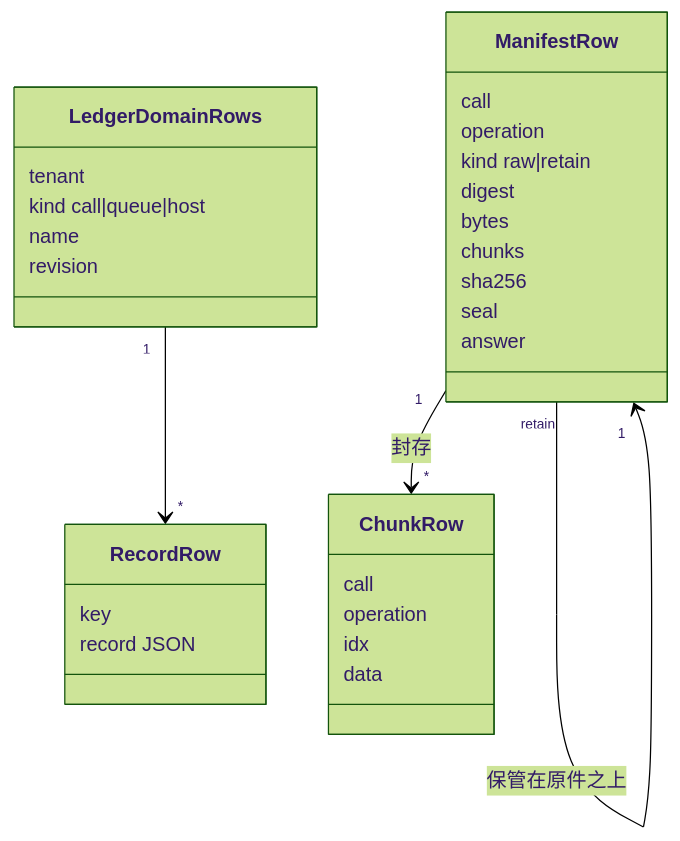
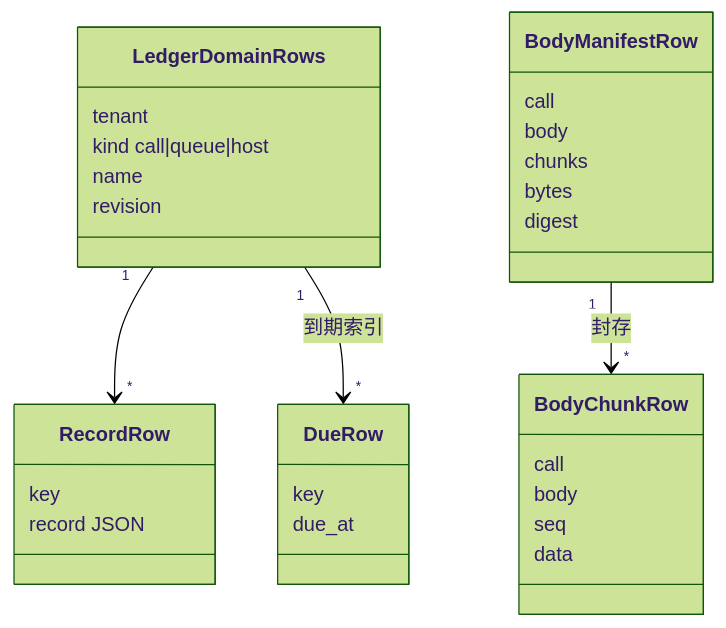
The diagram in packages/tool/tool-storage-sql/docs/object-model.md (nemori-ai/omne-harness-lite), drawn with Mermaid (forest theme) before and after one commit. The commit also changed other lines of this file and 11 other files, not shown here.

````diff
--- a/packages/tool/tool-storage-sql/docs/object-model.md
+++ b/packages/tool/tool-storage-sql/docs/object-model.md
@@ -7,33 +7,33 @@
 ```mermaid
 classDiagram
   class LedgerDomainRows {
     tenant
     kind call|queue|host
     name
     revision
   }
   class RecordRow {
     key
     record JSON
   }
-  class ChunkRow {
+  class DueRow {
+    key
+    due_at
+  }
+  class BodyChunkRow {
     call
-    operation
-    idx
+    body
+    seq
     data
   }
-  class ManifestRow {
+  class BodyManifestRow {
     call
-    operation
-    kind raw|retain
+    body
+    chunks
+    bytes
     digest
-    bytes
-    chunks
-    sha256
-    seal
-    answer
   }
   LedgerDomainRows "1" --> "*" RecordRow
-  ManifestRow "1" --> "*" ChunkRow : 封存
-  ManifestRow "retain" --> "1" ManifestRow : 保管在原件之上
+  LedgerDomainRows "1" --> "*" DueRow : 到期索引
+  BodyManifestRow "1" --> "*" BodyChunkRow : 封存
 ```
````
